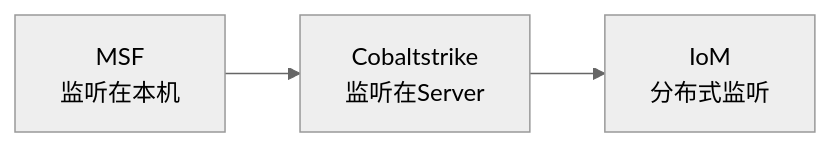
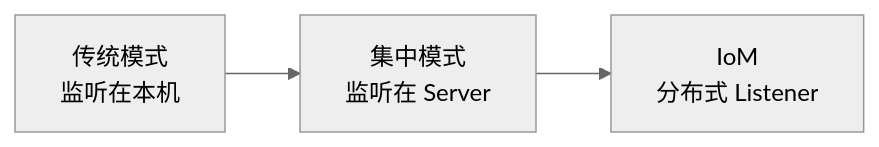
Before and after one commit to H1d3r/malice-network: the third of 4 diagrams in docs/concept.md, drawn with Mermaid (neutral theme). The commit also changed other lines of this file and 81 other files, not shown here.

````diff
--- a/docs/concept.md
+++ b/docs/concept.md
@@ -297,4 +196,5 @@
 ```mermaid
 graph LR
-	MSF["MSF\n监听在本机"] --> Cobaltstrike["Cobaltstrike\n监听在Server"] --> IoM["IoM\n分布式监听"]
+    MSF["传统模式<br/>监听在本机"] --> CS["集中模式<br/>监听在 Server"]
+    CS --> IoM["IoM<br/>分布式 Listener"]
 ```
````
